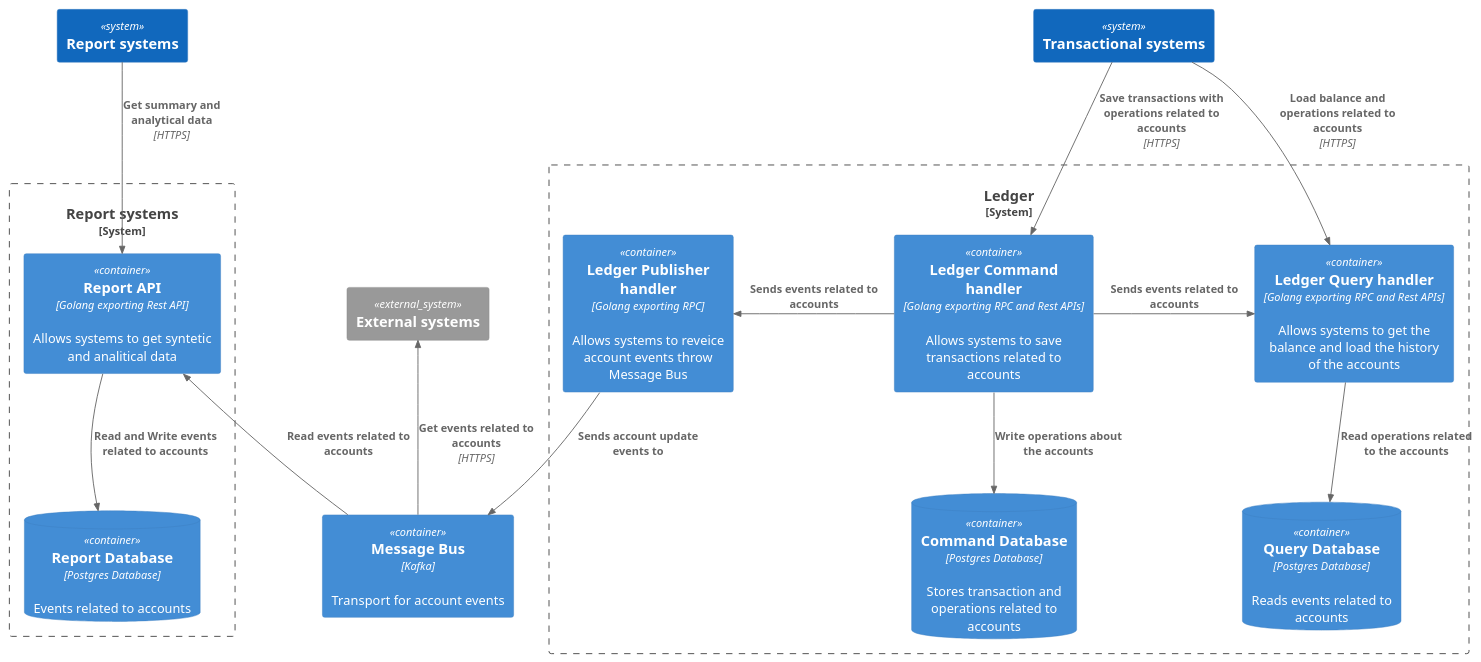
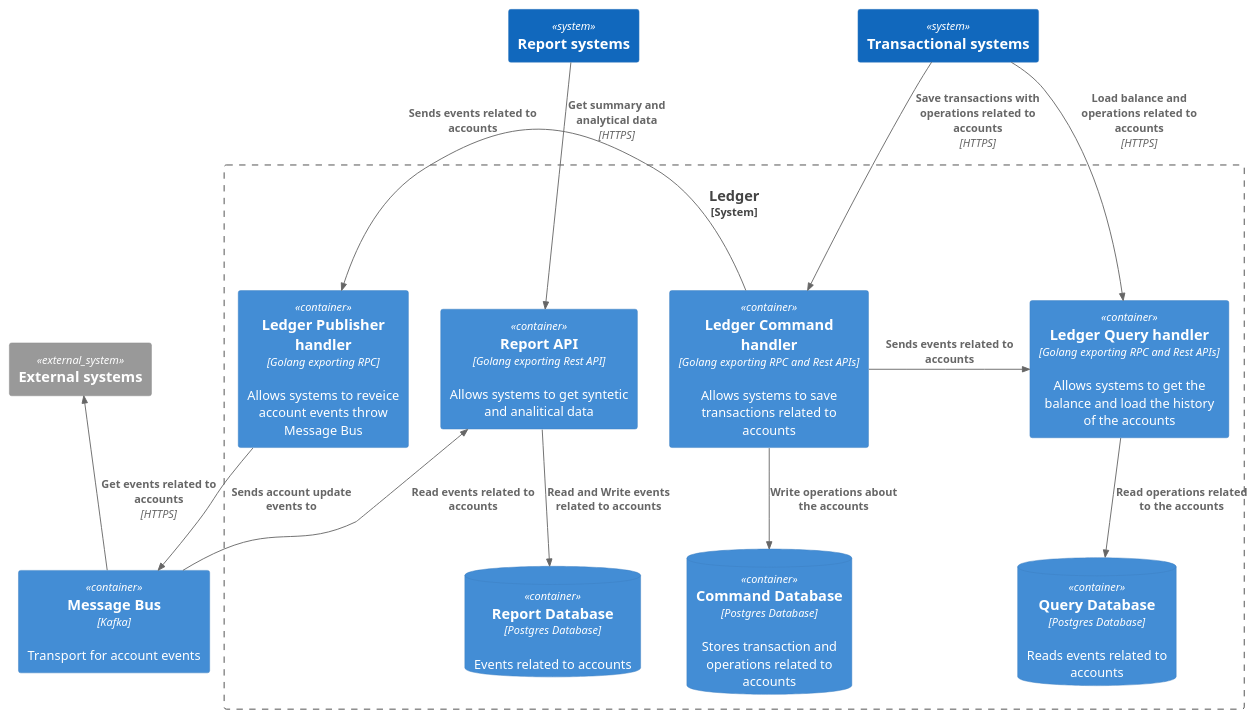
Before and after one commit to fernandodr19/the-amazing-ledger: the diagram in docs/c4model/level_2_step_by_step/level_2_e_container_diagram.puml, drawn with PlantUML. The commit also changed 7 other files, not shown here.

Commit message:
chore: update diagrams

```diff
--- a/docs/c4model/level_2_step_by_step/level_2_e_container_diagram.puml
+++ b/docs/c4model/level_2_step_by_step/level_2_e_container_diagram.puml
@@ -1,41 +1,38 @@
 @startuml Basic Sample
 !includeurl https://raw.githubusercontent.com/RicardoNiepel/C4-PlantUML/release/1-0/C4_Container.puml
 
 System(transactional_systems, "Transactional systems")
 System(report_systems, "Report systems")
 System_Ext(external_systems, "External systems")
 
 System_Boundary(ledger, "Ledger") {
     Container(ledger_command_api, "Ledger Command handler", "Golang exporting RPC and Rest APIs", "Allows systems to save transactions related to accounts")
     Container(ledger_query_api, "Ledger Query handler", "Golang exporting RPC and Rest APIs", "Allows systems to get the balance and load the history of the accounts")
     Container(ledger_pub_handler, "Ledger Publisher handler", "Golang exporting RPC", "Allows systems to reveice account events throw Message Bus")
     ContainerDb(query_database, "Query Database", "Postgres Database", "Reads events related to accounts")
     ContainerDb(command_database, "Command Database", "Postgres Database", "Stores transaction and operations related to accounts")
+    Container(report_api, "Report API", "Golang exporting Rest API", "Allows systems to get syntetic and analitical data")
+    ContainerDb(report_database, "Report Database", "Postgres Database", "Events related to accounts")
 }
 
 Container(message_bus, "Message Bus", "Kafka", "Transport for account events")
 
-Rel(ledger_pub_handler, message_bus, "Sends account update events to")
+Rel_Neighbor(ledger_pub_handler, message_bus, "Sends account update events to")
 
 Rel(ledger_command_api, command_database, "Write operations about the accounts")
 Rel(ledger_query_api, query_database, "Read operations related to the accounts")
 
 Rel(transactional_systems, ledger_command_api, "Save transactions with operations related to accounts", "HTTPS")
 Rel(transactional_systems, ledger_query_api, "Load balance and operations related to accounts", "HTTPS")
-
-System_Boundary(reports, "Report systems") {
-    Container(report_api, "Report API", "Golang exporting Rest API", "Allows systems to get syntetic and analitical data")
-    ContainerDb(report_database, "Report Database", "Postgres Database", "Events related to accounts")
-}
 
 Rel(report_api, report_database, "Read and Write events related to accounts")
 Rel_Back(report_api, message_bus, "Read events related to accounts")
 
 Rel(report_systems, report_api, "Get summary and analytical data", "HTTPS")
 
 Rel_Back(external_systems, message_bus, "Get events related to accounts", "HTTPS")
 
 Rel_Neighbor(ledger_command_api, ledger_query_api, "Sends events related to accounts")
 Rel_Neighbor(ledger_command_api, ledger_pub_handler, "Sends events related to accounts")
 
 @enduml
```
